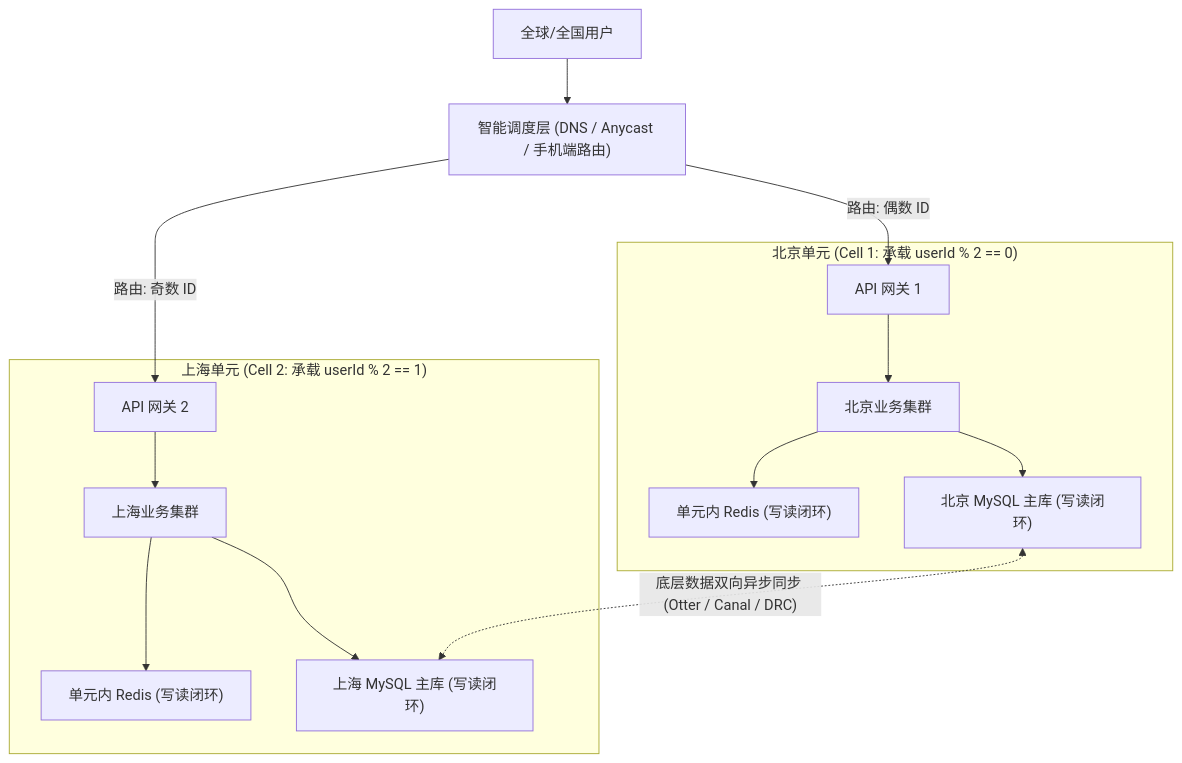
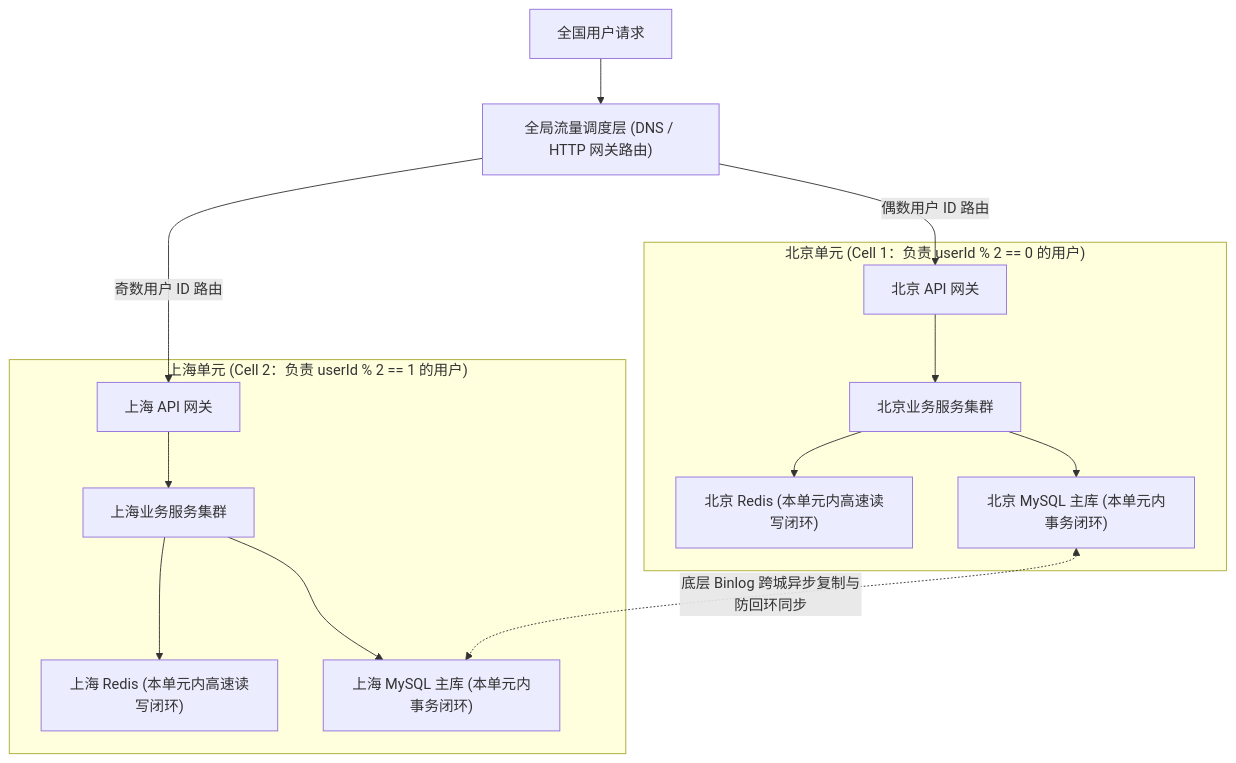
Before and after one commit to GuoWWWX/knowledge-base: the fourth of 4 diagrams in 20-Java后端/08-系统设计/02-高可用架构设计.md, drawn with Mermaid. The commit also changed other lines of this file and 251 other files, not shown here.

````diff
--- a/20-Java后端/08-系统设计/02-高可用架构设计.md
+++ b/20-Java后端/08-系统设计/02-高可用架构设计.md
@@ -181,21 +281,21 @@
 ```mermaid
 flowchart TD
-    User["全球/全国用户"] --> GSLB["智能调度层 (DNS / Anycast / 手机端路由)"]
+    User["全国用户请求"] --> GSLB["全局流量调度层 (DNS / HTTP 网关路由)"]
 
-    subgraph UnitBeijing["北京单元 (Cell 1: 承载 userId % 2 == 0)"]
-        GW1["API 网关 1"] --> App1["北京业务集群"]
-        App1 --> Redis1["单元内 Redis (写读闭环)"]
-        App1 --> DB1["北京 MySQL 主库 (写读闭环)"]
+    subgraph UnitBeijing["北京单元 (Cell 1：负责 userId % 2 == 0 的用户)"]
+        GW1["北京 API 网关"] --> App1["北京业务服务集群"]
+        App1 --> Redis1["北京 Redis (本单元内高速读写闭环)"]
+        App1 --> DB1["北京 MySQL 主库 (本单元内事务闭环)"]
     end
 
-    subgraph UnitShanghai["上海单元 (Cell 2: 承载 userId % 2 == 1)"]
-        GW2["API 网关 2"] --> App2["上海业务集群"]
-        App2 --> Redis2["单元内 Redis (写读闭环)"]
-        App2 --> DB2["上海 MySQL 主库 (写读闭环)"]
+    subgraph UnitShanghai["上海单元 (Cell 2：负责 userId % 2 == 1 的用户)"]
+        GW2["上海 API 网关"] --> App2["上海业务服务集群"]
+        App2 --> Redis2["上海 Redis (本单元内高速读写闭环)"]
+        App2 --> DB2["上海 MySQL 主库 (本单元内事务闭环)"]
     end
 
-    GSLB -->|"路由: 偶数 ID"| GW1
-    GSLB -->|"路由: 奇数 ID"| GW2
+    GSLB -->|"偶数用户 ID 路由"| GW1
+    GSLB -->|"奇数用户 ID 路由"| GW2
 
-    DB1 <-.->|"底层数据双向异步同步 (Otter / Canal / DRC)"| DB2
+    DB1 <-.->|"底层 Binlog 跨城异步复制与防回环同步"| DB2
 ```
````
